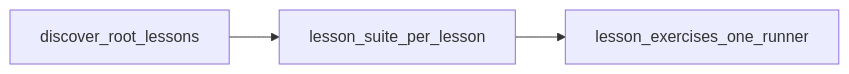
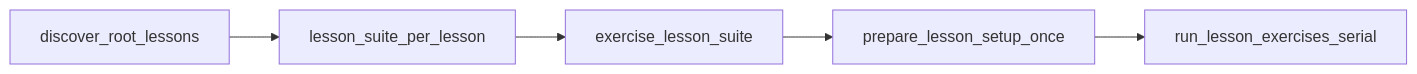
One commit to morbargig/linux-practice changed the diagram in docs/teacher-guide.md. Above: the diagram before and after it, drawn with Mermaid. The commit also changed other lines of this file and 5 other files, not shown here.

First line of the commit message:
ci: one sequential runner per lesson; APT cache archives + lists

````diff
--- a/docs/teacher-guide.md
+++ b/docs/teacher-guide.md
@@ -88,8 +86,12 @@
 ```mermaid
 flowchart LR
   discoverRoot[discover_root_lessons]
   lessonWave[lesson_suite_per_lesson]
-  reusableRun[lesson_exercises_one_runner]
+  reusableRun[exercise_lesson_suite]
+  prepareLab[prepare_lesson_setup_once]
+  exercisesInner[run_lesson_exercises_serial]
   discoverRoot --> lessonWave
   lessonWave --> reusableRun
+  reusableRun --> prepareLab
+  prepareLab --> exercisesInner
 ```
````
